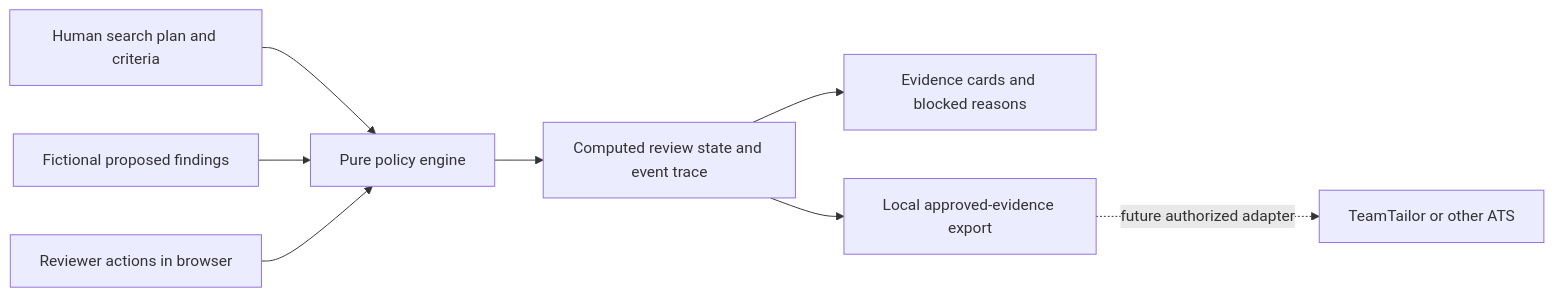
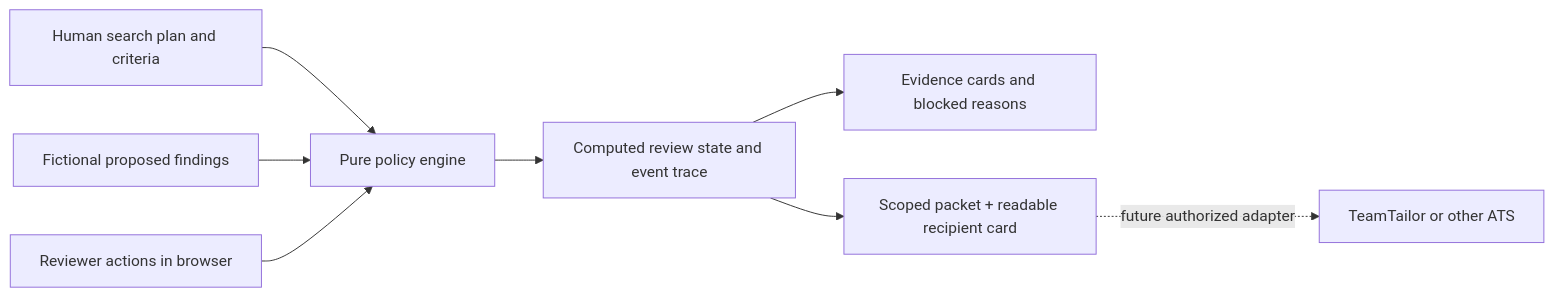
One commit to DiadkoShmek/talent-research-workflow-prototype changed the first of 3 diagrams in docs/architecture.md. Above: the diagram before and after it, drawn with Mermaid. The commit also changed other lines of this file and 22 other files, not shown here.

Commit message:
Add readable recipient handoff with scoped decision receipts

````diff
--- a/docs/architecture.md
+++ b/docs/architecture.md
@@ -19,10 +19,10 @@
 ```mermaid
 flowchart LR
     B[Human search plan and criteria] --> E[Pure policy engine]
     F[Fictional proposed findings] --> E
     U[Reviewer actions in browser] --> E
     E --> Q[Computed review state and event trace]
     Q --> V[Evidence cards and blocked reasons]
-    Q --> X[Local approved-evidence export]
+    Q --> X[Scoped packet + readable recipient card]
     X -. future authorized adapter .-> ATS[TeamTailor or other ATS]
 ```
````
